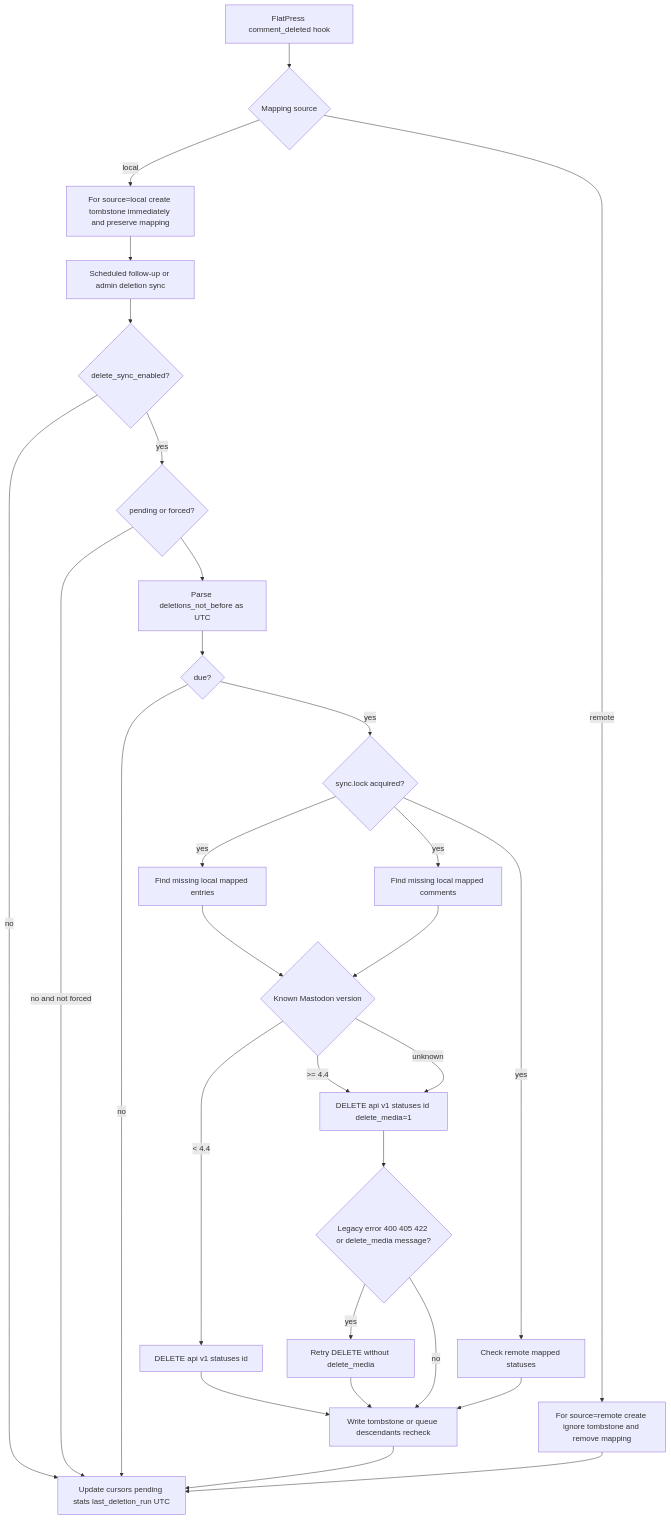
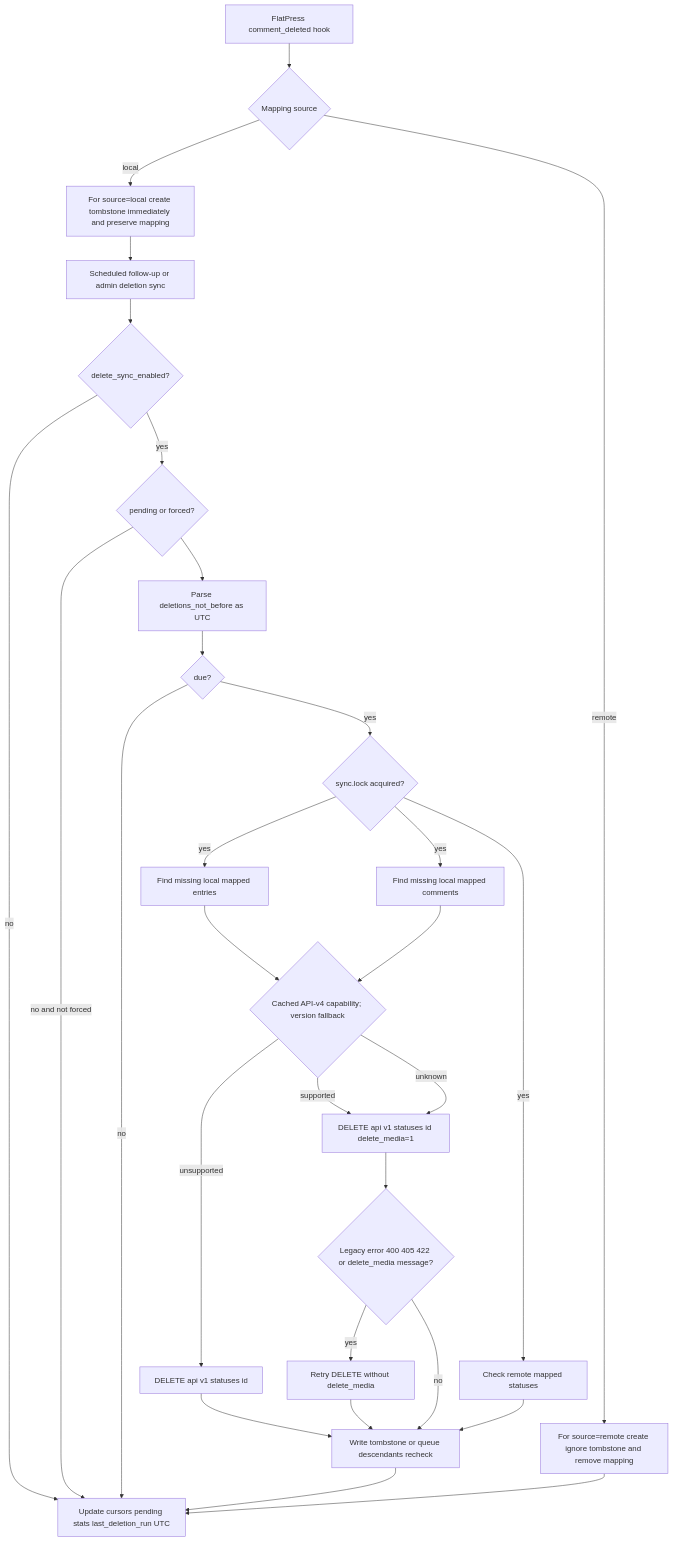
The seventh of 9 diagrams in fp-plugins/mastodon/developer-docs/01-Process-Map.md (flatpressblog/flatpress), drawn with Mermaid before and after one commit. The commit also changed other lines of this file and 11 other files, not shown here.

````diff
--- a/fp-plugins/mastodon/developer-docs/01-Process-Map.md
+++ b/fp-plugins/mastodon/developer-docs/01-Process-Map.md
@@ -275,46 +283,46 @@
 ```mermaid
 flowchart TD
     LocalDelete[FlatPress comment_deleted hook]
     Source{Mapping source}
     Immediate[For source=local create tombstone immediately and preserve mapping]
     Ignore[For source=remote create ignore tombstone and remove mapping]
     Start[Scheduled follow-up or admin deletion sync]
     Enabled{delete_sync_enabled?}
     Pending{pending or forced?}
     UtcCooldown[Parse deletions_not_before as UTC]
     Due{due?}
     Lock{sync.lock acquired?}
     Entries[Find missing local mapped entries]
     Comments[Find missing local mapped comments]
     RemoteMissing[Check remote mapped statuses]
-    Version{Known Mastodon version}
+    Version{Cached API-v4 capability; version fallback}
     Old[DELETE api v1 statuses id]
     New[DELETE api v1 statuses id delete_media=1]
     Retry{Legacy error 400 405 422 or delete_media message?}
     RetryOld[Retry DELETE without delete_media]
     Tombstone[Write tombstone or queue descendants recheck]
     State[Update cursors pending stats last_deletion_run UTC]
 
     LocalDelete --> Source
     Source -- local --> Immediate --> Start
     Source -- remote --> Ignore --> State
     Start --> Enabled
     Enabled -- no --> State
     Enabled -- yes --> Pending
     Pending -- no and not forced --> State
     Pending --> UtcCooldown --> Due
     Due -- no --> State
     Due -- yes --> Lock
     Lock -- yes --> Entries --> Version
     Lock -- yes --> Comments --> Version
     Lock -- yes --> RemoteMissing --> Tombstone
-    Version -- < 4.4 --> Old
-    Version -- >= 4.4 --> New
+    Version -- unsupported --> Old
+    Version -- supported --> New
     Version -- unknown --> New
     New --> Retry
     Retry -- yes --> RetryOld
     Retry -- no --> Tombstone
     Old --> Tombstone
     RetryOld --> Tombstone
     Tombstone --> State
 ```
````
